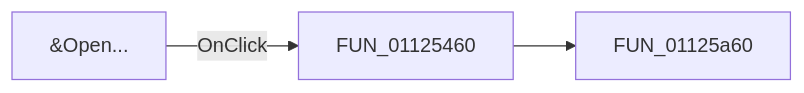
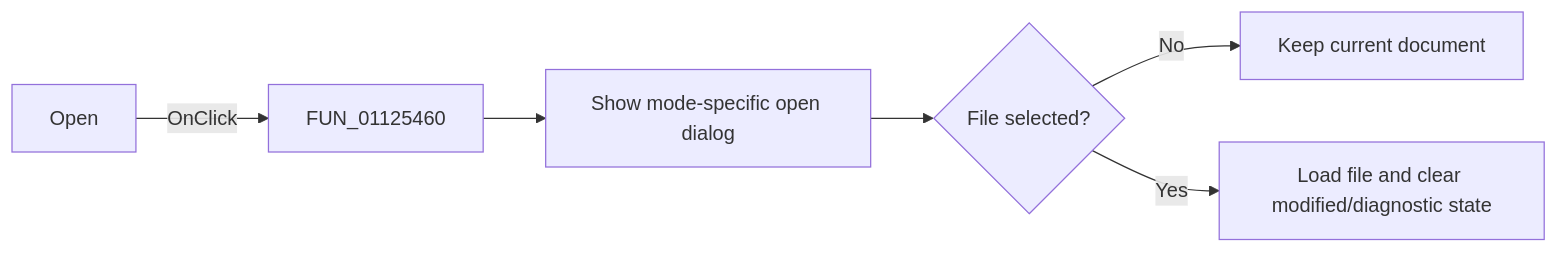
Before and after one commit to MovGP0/TIARA: the diagram in docs/ui-controls/signaleditordlg/pmiload-1e0e1feab5.md, drawn with Mermaid. The commit also changed other lines of this file and 1062 other files, not shown here.

````diff
--- a/docs/ui-controls/signaleditordlg/pmiload-1e0e1feab5.md
+++ b/docs/ui-controls/signaleditordlg/pmiload-1e0e1feab5.md
@@ -27,5 +33,8 @@
 ```mermaid
 flowchart LR
-    control["&Open..."] -->|OnClick| handler["FUN_01125460"]
-    handler --> call1["FUN_01125a60"]
+    control["Open"] -->|"OnClick"| handler["FUN_01125460"]
+    handler --> dialog["Show mode-specific open dialog"]
+    dialog --> accepted{"File selected?"}
+    accepted -->|"No"| unchanged["Keep current document"]
+    accepted -->|"Yes"| load["Load file and clear modified/diagnostic state"]
 ```
````
